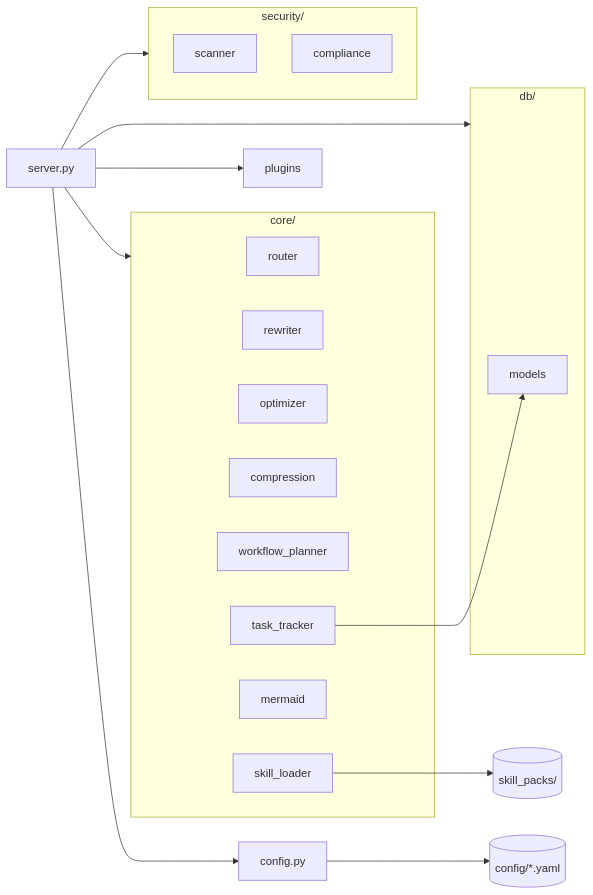
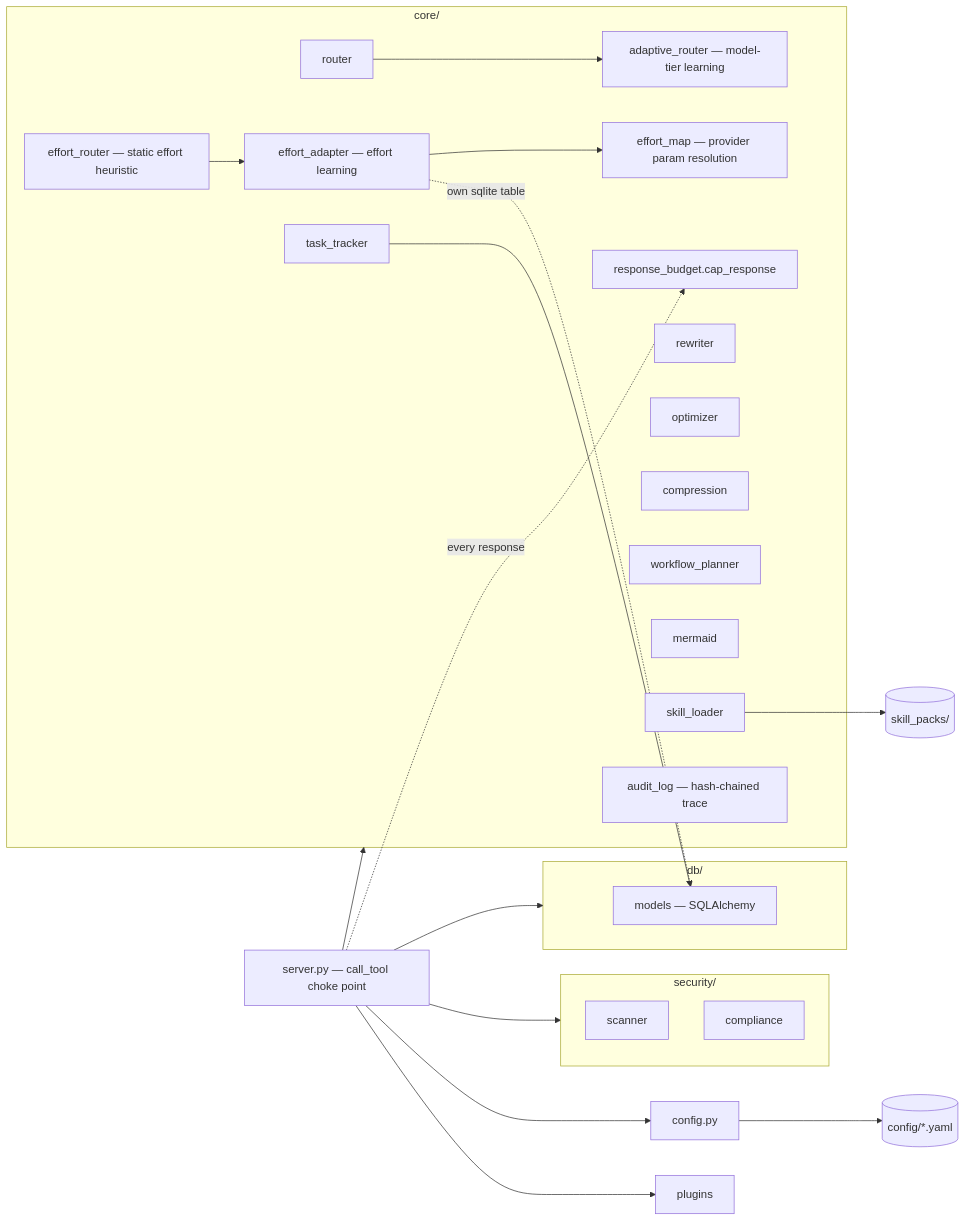
The second of 6 diagrams in docs/ARCHITECTURE.md (u2anilgit/PromptWise), drawn with Mermaid before and after one commit. The commit also changed other lines of this file and 2 other files, not shown here.

First line of the commit message:
docs: update README/CHANGELOG/architecture diagrams for effort axis + response cap + skill audit

````diff
--- a/docs/ARCHITECTURE.md
+++ b/docs/ARCHITECTURE.md
@@ -32,28 +43,39 @@
 ```mermaid
 flowchart LR
-  server[server.py] --> core
+  server["server.py — call_tool choke point"] --> core
   server --> security
   server --> plugins
   server --> db
   server --> config[config.py]
+  server -.every response.-> respbudget[response_budget.cap_response]
   subgraph core [core/]
     router[router]
+    adaptive[adaptive_router — model-tier learning]
+    effort_router[effort_router — static effort heuristic]
+    effort_adapter[effort_adapter — effort learning]
+    effort_map[effort_map — provider param resolution]
     rewriter[rewriter]
     optimizer[optimizer]
     compression[compression]
     workflow[workflow_planner]
     tracker[task_tracker]
     mermaid[mermaid]
     skills[skill_loader]
+    audit_log[audit_log — hash-chained trace]
+    respbudget
   end
   subgraph security [security/]
     scanner[scanner]
     compliance[compliance]
   end
   subgraph db [db/]
-    models[models]
+    models[models — SQLAlchemy]
   end
+  router --> adaptive
+  effort_router --> effort_adapter
+  effort_adapter -. own sqlite table .-> models
+  effort_adapter --> effort_map
   tracker --> models
   skills --> packs[("skill_packs/")]
   config --> yaml[("config/*.yaml")]
 ```
````
